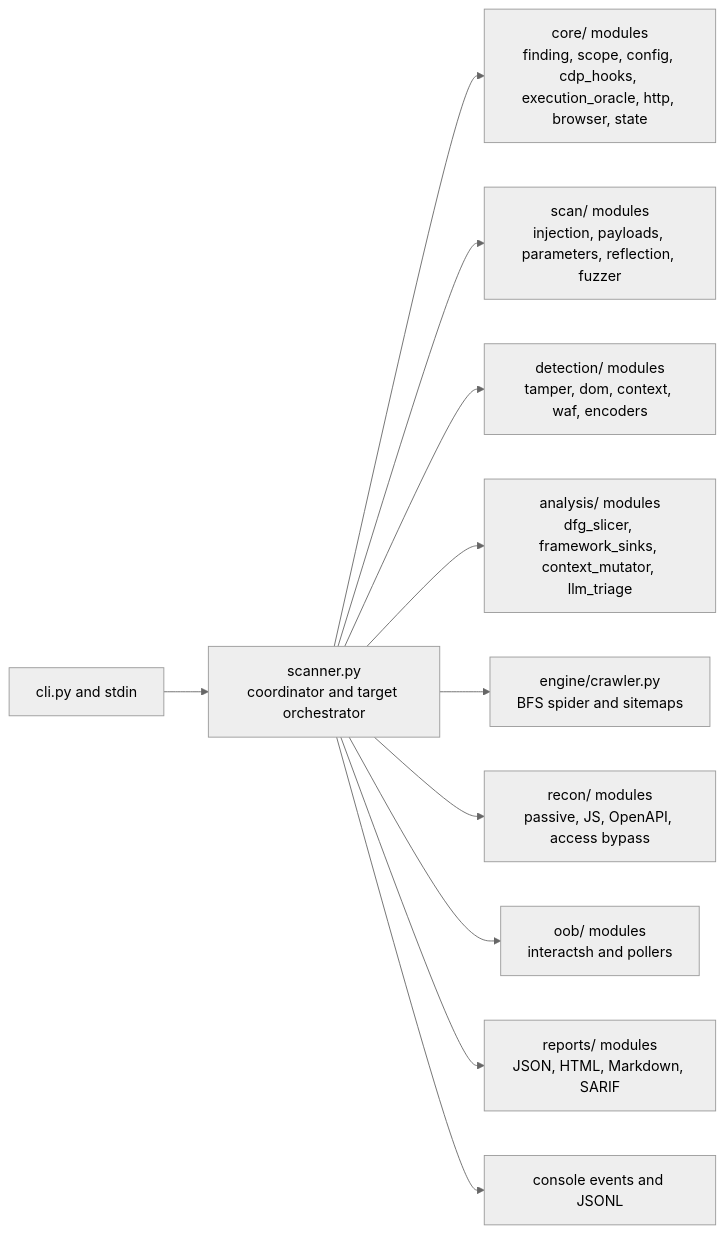
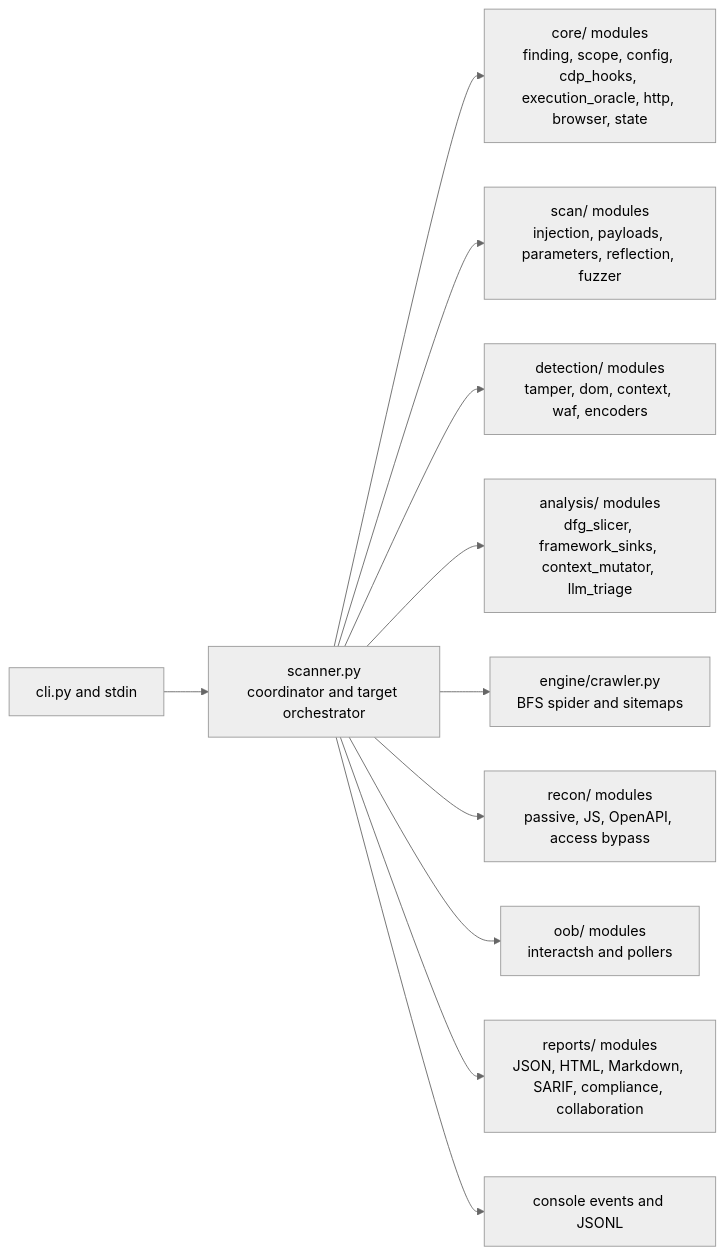
The second of 3 diagrams in README.md (gl1tch0x1/xoxss), drawn with Mermaid (neutral theme) before and after one commit. The commit also changed other lines of this file, not shown here.

````diff
--- a/README.md
+++ b/README.md
@@ -1015,13 +1056,13 @@
 ```mermaid
 flowchart LR
     CLI["cli.py and stdin"] --> SCAN["scanner.py<br/>coordinator and target orchestrator"]
     SCAN --> CORE["core/ modules<br/>finding, scope, config, cdp_hooks, execution_oracle, http, browser, state"]
     SCAN --> SCAN_MOD["scan/ modules<br/>injection, payloads, parameters, reflection, fuzzer"]
     SCAN --> DETECT["detection/ modules<br/>tamper, dom, context, waf, encoders"]
     SCAN --> ANALYSIS["analysis/ modules<br/>dfg_slicer, framework_sinks, context_mutator, llm_triage"]
     SCAN --> CRAWLER["engine/crawler.py<br/>BFS spider and sitemaps"]
     SCAN --> RECON["recon/ modules<br/>passive, JS, OpenAPI, access bypass"]
     SCAN --> OOB["oob/ modules<br/>interactsh and pollers"]
-    SCAN --> REPORTS["reports/ modules<br/>JSON, HTML, Markdown, SARIF"]
+    SCAN --> REPORTS["reports/ modules<br/>JSON, HTML, Markdown, SARIF, compliance, collaboration"]
     SCAN --> EVENTS["console events and JSONL"]
 ```
````
